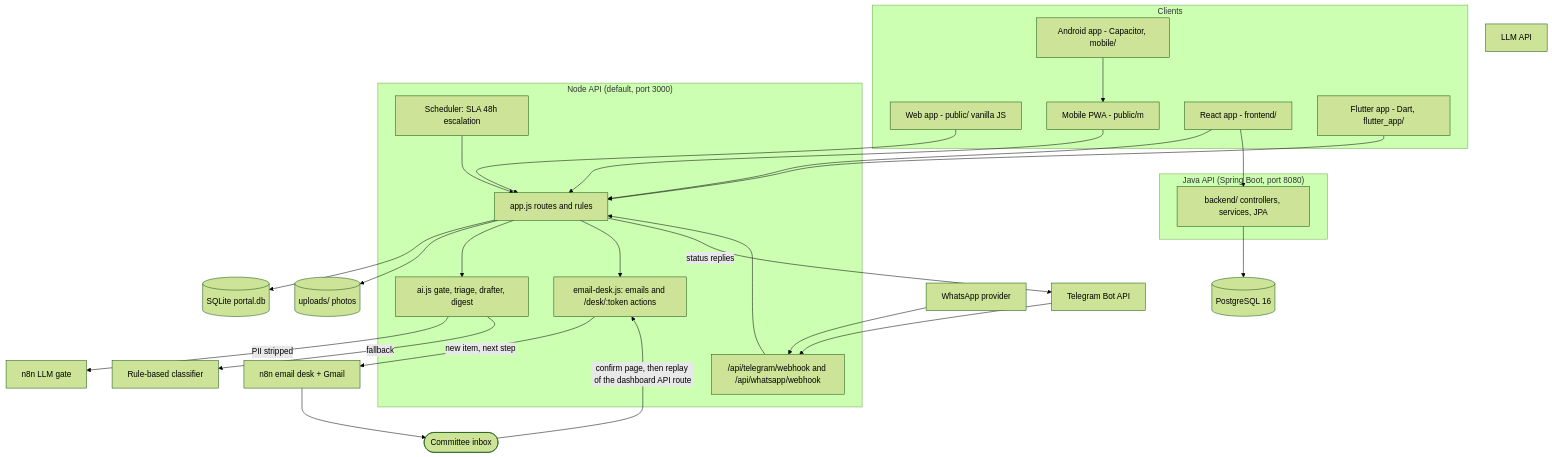
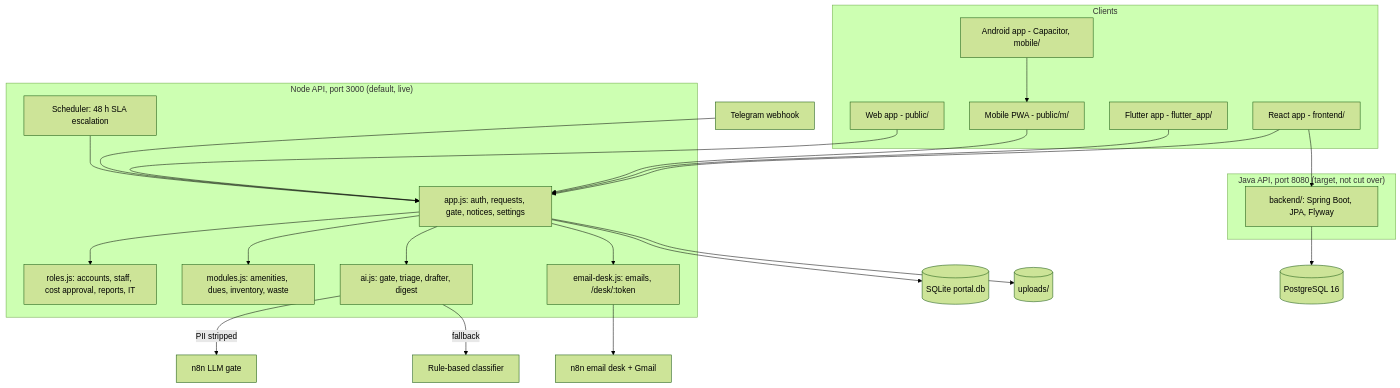
Before and after one commit to beerus-Ai/housing-portal: the second of 5 diagrams in docs/architecture/architecture.md, drawn with Mermaid (forest theme). The commit also changed other lines of this file and 44 other files, not shown here.

````diff
--- a/docs/architecture/architecture.md
+++ b/docs/architecture/architecture.md
@@ -28,45 +24,42 @@
 ```mermaid
 flowchart TB
   subgraph Clients
-    web[Web app - public/ vanilla JS]
-    pwa[Mobile PWA - public/m]
+    web[Web app - public/]
+    pwa[Mobile PWA - public/m/]
+    cap[Android app - Capacitor, mobile/]
+    flut[Flutter app - flutter_app/]
     react[React app - frontend/]
-    droid[Android app - Capacitor, mobile/]
-    flut[Flutter app - Dart, flutter_app/]
   end
-  subgraph Node["Node API (default, port 3000)"]
-    app[app.js routes and rules]
-    ai[ai.js gate, triage, drafter, digest]
-    hook["/api/telegram/webhook and /api/whatsapp/webhook"]
-    sched[Scheduler: SLA 48h escalation]
-    desk["email-desk.js: emails and /desk/:token actions"]
+  subgraph Node["Node API, port 3000 (default, live)"]
+    app[app.js: auth, requests, gate, notices, settings]
+    roles[roles.js: accounts, staff, cost approval, reports, IT]
+    mods[modules.js: amenities, dues, inventory, waste]
+    ai[ai.js: gate, triage, drafter, digest]
+    desk[email-desk.js: emails, /desk/:token]
+    sched[Scheduler: 48 h SLA escalation]
   end
-  subgraph Java["Java API (Spring Boot, port 8080)"]
-    jb[backend/ controllers, services, JPA]
+  subgraph Java["Java API, port 8080 (target, not cut over)"]
+    jb[backend/: Spring Boot, JPA, Flyway]
   end
   sqlite[(SQLite portal.db)]
+  files[(uploads/)]
   pg[(PostgreSQL 16)]
-  files[(uploads/ photos)]
-  wa[WhatsApp provider]
-  llm[LLM API]
   web --> app
   pwa --> app
+  cap --> pwa
+  flut --> app
   react --> app
   react --> jb
-  droid --> pwa
-  flut --> app
+  app --> roles
+  app --> mods
+  app --> ai
+  app --> desk
+  sched --> app
   app --> sqlite
   app --> files
   jb --> pg
-  tg[Telegram Bot API] --> hook --> app
-  wa --> hook
-  app --> ai
+  tg[Telegram webhook] --> app
   ai -->|PII stripped| n8n[n8n LLM gate]
   ai -->|fallback| rules[Rule-based classifier]
-  sched --> app
-  app --> desk
-  desk -->|new item, next step| n8nmail[n8n email desk + Gmail]
-  n8nmail --> inbox([Committee inbox])
-  inbox -->|confirm page, then replay of the dashboard API route| desk
-  app -->|status replies| tg
+  desk --> n8nmail[n8n email desk + Gmail]
 ```
````
